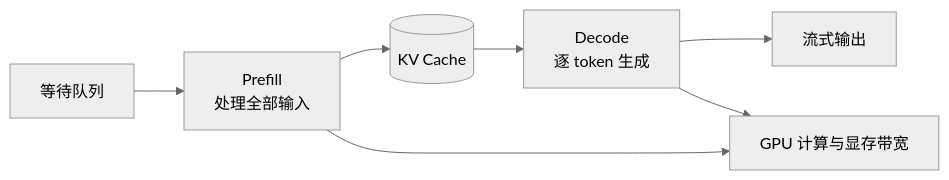
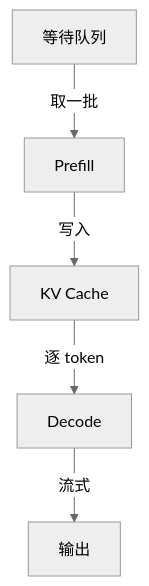
One commit to hub138/technical-knowledge changed the diagram in vault/工程知识/AI 系统工程：从模型能力到生产能力/推理服务与平台/推理服务的核心矛盾是延迟、吞吐、显存与质量.md. Above: the diagram before and after it, drawn with Mermaid (neutral theme). The commit also changed other lines of this file and 622 other files, not shown here.

````diff
--- a/vault/工程知识/AI 系统工程：从模型能力到生产能力/推理服务与平台/推理服务的核心矛盾是延迟、吞吐、显存与质量.md
+++ b/vault/工程知识/AI 系统工程：从模型能力到生产能力/推理服务与平台/推理服务的核心矛盾是延迟、吞吐、显存与质量.md
@@ -40,9 +62,7 @@
 ```mermaid
-flowchart LR
-    Q[等待队列] --> P[Prefill<br/>处理全部输入]
-    P --> K[(KV Cache)]
-    K --> D[Decode<br/>逐 token 生成]
-    D --> O[流式输出]
-    P --> G[GPU 计算与显存带宽]
-    D --> G
+flowchart TB
+    Q["等待队列"] -->|"取一批"| P["Prefill"]
+    P -->|"写入"| K["KV Cache"]
+    K -->|"逐 token"| D["Decode"]
+    D -->|"流式"| O["输出"]
 ```
````
